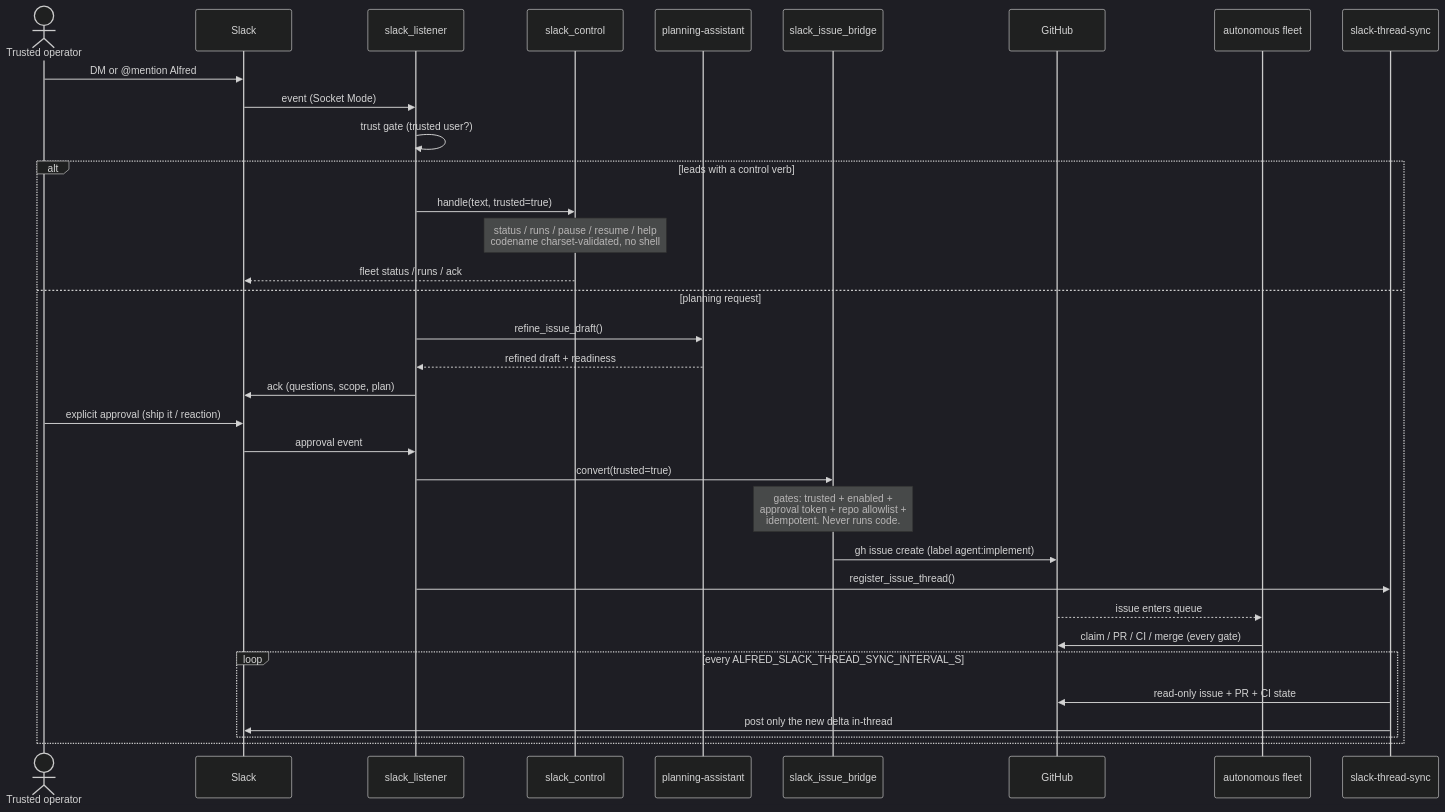
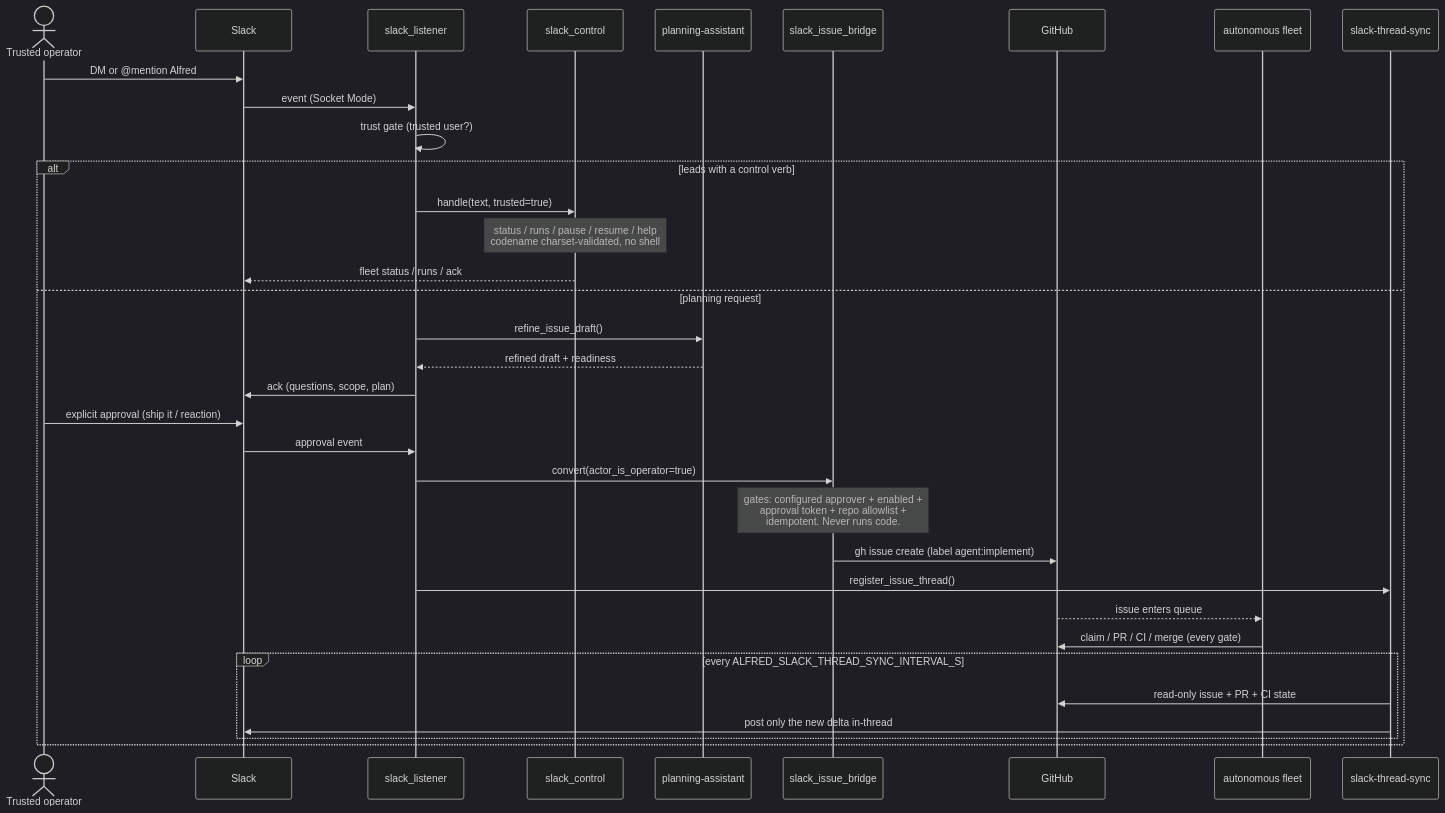
Before and after one commit to luminik-io/alfred-os: the fourth of 8 diagrams in docs/ARCHITECTURE.md, drawn with Mermaid (dark theme). The commit also changed other lines of this file and 14 other files, not shown here.

````diff
--- a/docs/ARCHITECTURE.md
+++ b/docs/ARCHITECTURE.md
@@ -141,37 +141,37 @@
 ```mermaid
 sequenceDiagram
     actor op as Trusted operator
     participant slack as Slack
     participant listener as slack_listener
     participant ctrl as slack_control
     participant pa as planning-assistant
     participant bridge as slack_issue_bridge
     participant gh as GitHub
     participant fleet as autonomous fleet
     participant sync as slack-thread-sync
 
     op->>slack: DM or @mention Alfred
     slack->>listener: event (Socket Mode)
     listener->>listener: trust gate (trusted user?)
     alt leads with a control verb
         listener->>ctrl: handle(text, trusted=true)
         Note over ctrl: status / runs / pause / resume / help<br/>codename charset-validated, no shell
         ctrl-->>slack: fleet status / runs / ack
     else planning request
         listener->>pa: refine_issue_draft()
         pa-->>listener: refined draft + readiness
         listener->>slack: ack (questions, scope, plan)
         op->>slack: explicit approval (ship it / reaction)
         slack->>listener: approval event
-        listener->>bridge: convert(trusted=true)
-        Note over bridge: gates: trusted + enabled +<br/>approval token + repo allowlist +<br/>idempotent. Never runs code.
+        listener->>bridge: convert(actor_is_operator=true)
+        Note over bridge: gates: configured approver + enabled +<br/>approval token + repo allowlist +<br/>idempotent. Never runs code.
         bridge->>gh: gh issue create (label agent:implement)
         listener->>sync: register_issue_thread()
         gh-->>fleet: issue enters queue
         fleet->>gh: claim / PR / CI / merge (every gate)
         loop every ALFRED_SLACK_THREAD_SYNC_INTERVAL_S
             sync->>gh: read-only issue + PR + CI state
             sync->>slack: post only the new delta in-thread
         end
     end
 ```
````
